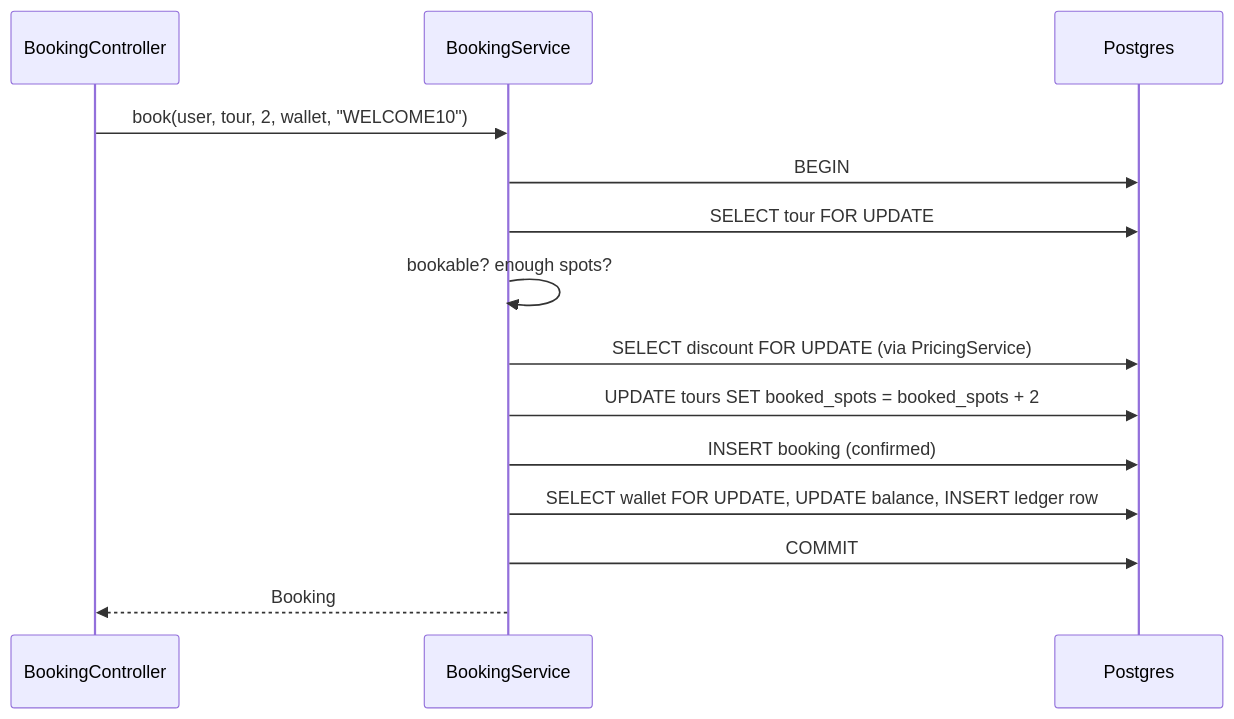
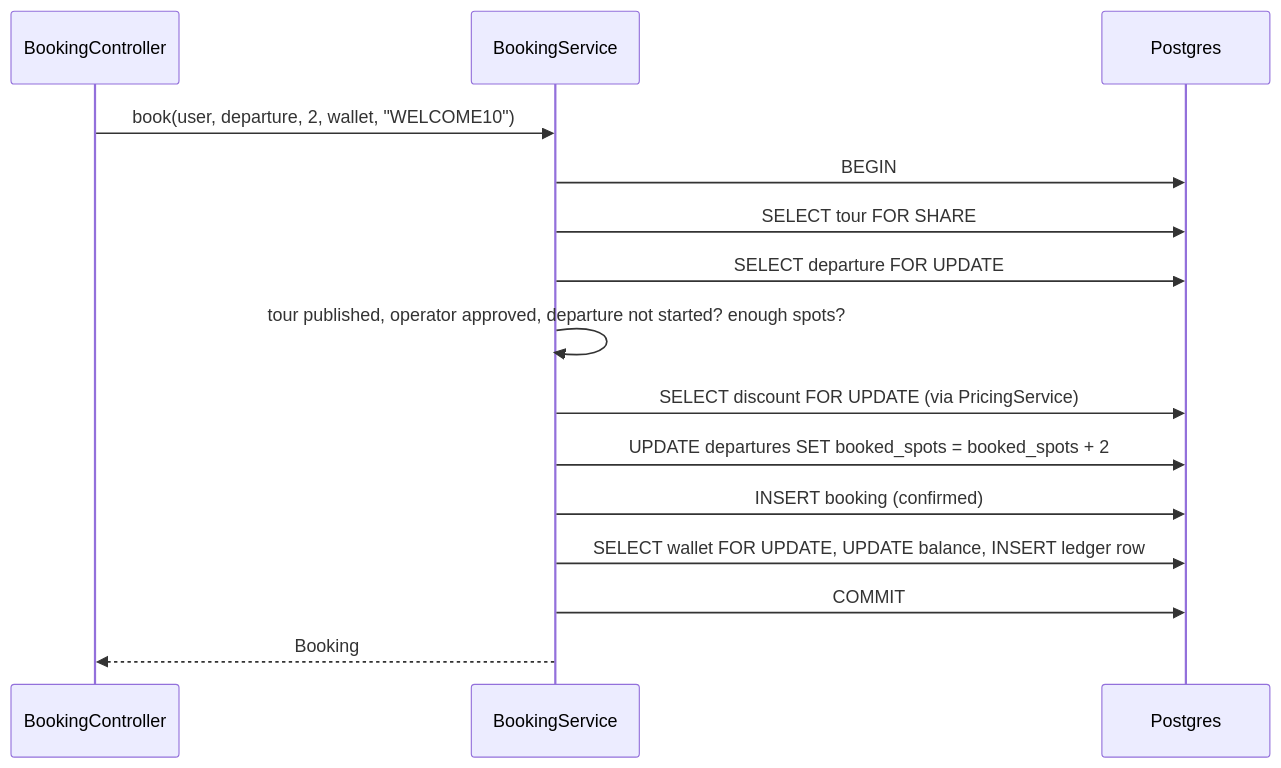
The first of 2 diagrams in docs/05-bookings-and-payments.md (Mohammadabouali-svg/Lebanon_tourism), drawn with Mermaid before and after one commit. The commit also changed other lines of this file and 65 other files, not shown here.

````diff
--- a/docs/05-bookings-and-payments.md
+++ b/docs/05-bookings-and-payments.md
@@ -56,16 +83,17 @@
 ```mermaid
 sequenceDiagram
     participant C as BookingController
     participant S as BookingService
     participant DB as Postgres
-    C->>S: book(user, tour, 2, wallet, "WELCOME10")
+    C->>S: book(user, departure, 2, wallet, "WELCOME10")
     S->>DB: BEGIN
-    S->>DB: SELECT tour FOR UPDATE
-    S->>S: bookable? enough spots?
+    S->>DB: SELECT tour FOR SHARE
+    S->>DB: SELECT departure FOR UPDATE
+    S->>S: tour published, operator approved, departure not started? enough spots?
     S->>DB: SELECT discount FOR UPDATE (via PricingService)
-    S->>DB: UPDATE tours SET booked_spots = booked_spots + 2
+    S->>DB: UPDATE departures SET booked_spots = booked_spots + 2
     S->>DB: INSERT booking (confirmed)
     S->>DB: SELECT wallet FOR UPDATE, UPDATE balance, INSERT ledger row
     S->>DB: COMMIT
     S-->>C: Booking
 ```
````
